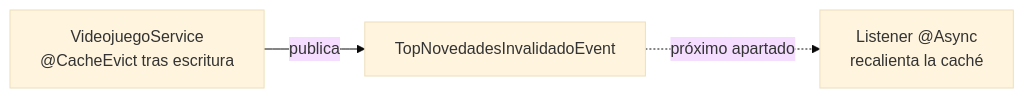
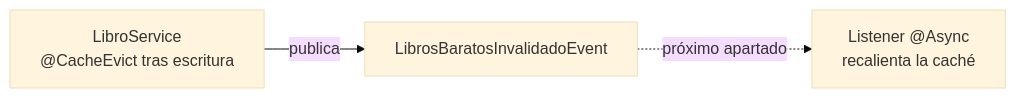
The second of 2 diagrams in docs/tema3/eventos-warmup-cache.md (aitorventura/programacion-servicios-procesos), drawn with Mermaid (base theme) before and after one commit. The commit also changed other lines of this file and 5 other files, not shown here.

````diff
--- a/docs/tema3/eventos-warmup-cache.md
+++ b/docs/tema3/eventos-warmup-cache.md
@@ -59,5 +131,5 @@
 ```mermaid
 flowchart LR
-    A["VideojuegoService<br/>@CacheEvict tras escritura"] -->|"publica"| B["TopNovedadesInvalidadoEvent"]
+    A["LibroService<br/>@CacheEvict tras escritura"] -->|"publica"| B["LibrosBaratosInvalidadoEvent"]
     B -.->|"próximo apartado"| C["Listener @Async<br/>recalienta la caché"]
 ```
````
